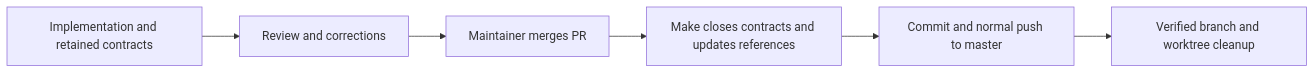
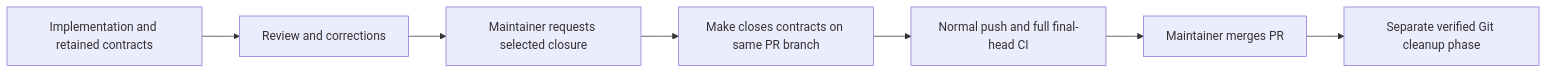
The diagram in doc/feat/post-merge-work-closure/README.md (msitarz/ataraxia), drawn with Mermaid before and after one commit. The commit also changed other lines of this file and 16 other files, not shown here.

````diff
--- a/doc/feat/post-merge-work-closure/README.md
+++ b/doc/feat/post-merge-work-closure/README.md
@@ -45,8 +45,9 @@
 ```mermaid
 flowchart LR
     I[Implementation and retained contracts] --> R[Review and corrections]
-    R --> M[Maintainer merges PR]
-    M --> C[Make closes contracts and updates references]
-    C --> P[Commit and normal push to master]
-    P --> G[Verified branch and worktree cleanup]
+    R --> A[Maintainer requests selected closure]
+    A --> C[Make closes contracts on same PR branch]
+    C --> P[Normal push and full final-head CI]
+    P --> M[Maintainer merges PR]
+    M --> G[Separate verified Git cleanup phase]
 ```
````
